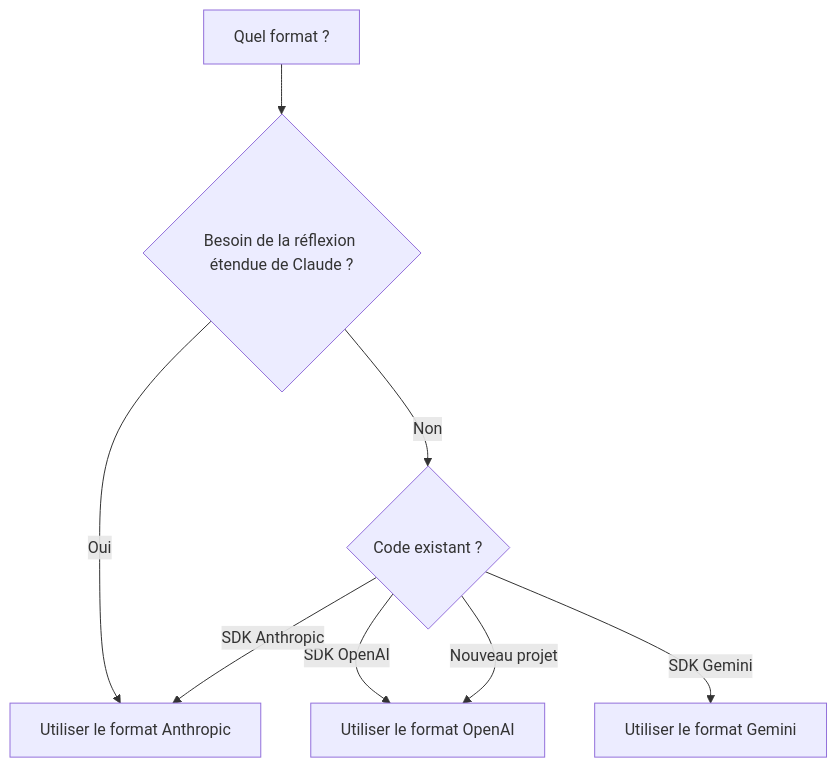
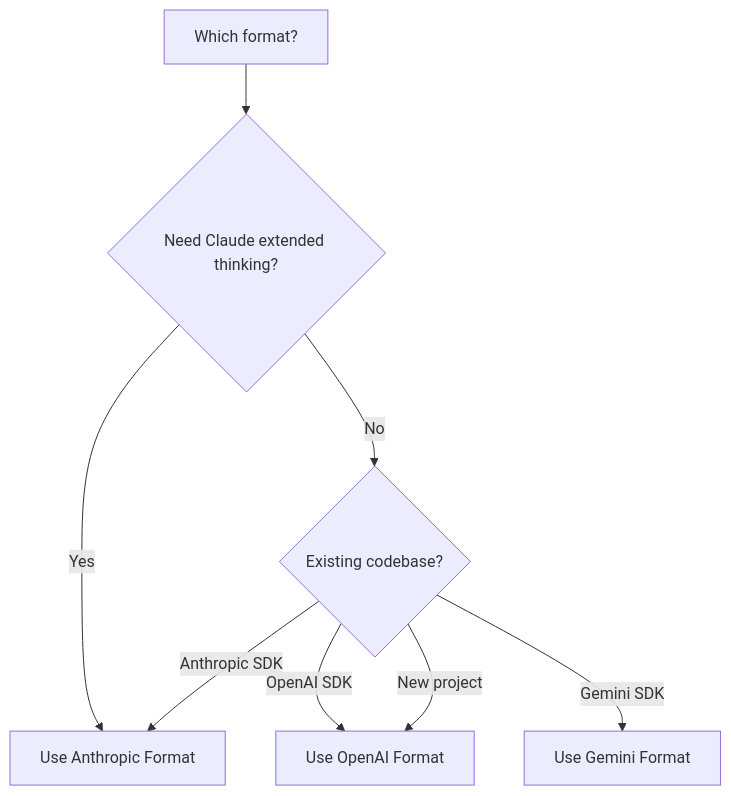
One commit to hedging8563/lemondata-docs changed the diagram in fr/guides/api-formats.mdx. Above: the diagram before and after it, drawn with Mermaid. The commit also changed other lines of this file and 428 other files, not shown here.

````diff
--- a/fr/guides/api-formats.mdx
+++ b/fr/guides/api-formats.mdx
@@ -159,10 +159,10 @@
 ```mermaid
 graph TD
-    A[Quel format ?] --> B{Besoin de la réflexion étendue de Claude ?}
-    B -->|Oui| C[Utiliser le format Anthropic]
-    B -->|Non| D{Code existant ?}
-    D -->|SDK OpenAI| E[Utiliser le format OpenAI]
-    D -->|SDK Anthropic| C
-    D -->|SDK Gemini| F[Utiliser le format Gemini]
-    D -->|Nouveau projet| E
+    A[Which format?] --> B{Need Claude extended thinking?}
+    B -->|Yes| C[Use Anthropic Format]
+    B -->|No| D{Existing codebase?}
+    D -->|OpenAI SDK| E[Use OpenAI Format]
+    D -->|Anthropic SDK| C
+    D -->|Gemini SDK| F[Use Gemini Format]
+    D -->|New project| E
 ```
````
